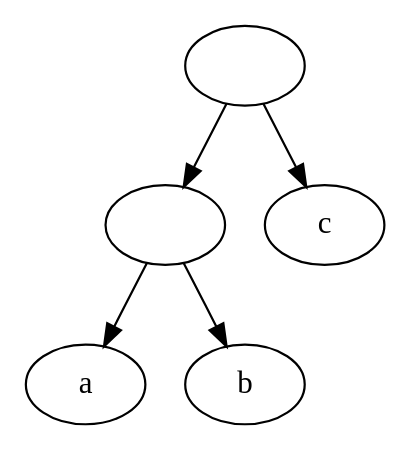
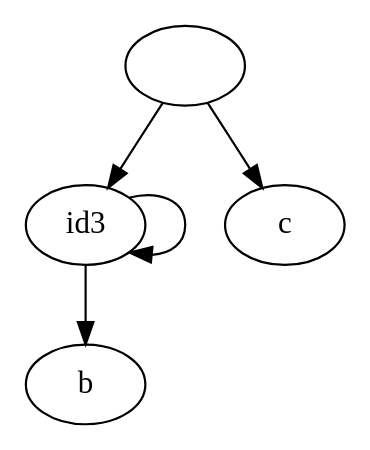
One commit to iharnoor/PhylogeneticsWebsite changed the diagram in ParsingTxt/ParentheticalToDot/actualLabels.dot. Above: the diagram before and after it, drawn with Graphviz. The commit also changed 13 other files, not shown here.

```diff
--- a/ParsingTxt/ParentheticalToDot/actualLabels.dot
+++ b/ParsingTxt/ParentheticalToDot/actualLabels.dot
@@ -1,11 +1,11 @@
 digraph G {
 id5[label=""];
 id3[label=""];
-a[label="a"];
-id3 ->  a
+id3[label="id3"];
+id3 ->  id3
 b[label="b"];
 id3 ->  b
 id5 ->  id3
 c[label="c"];
 id5 ->  c
 }
```
